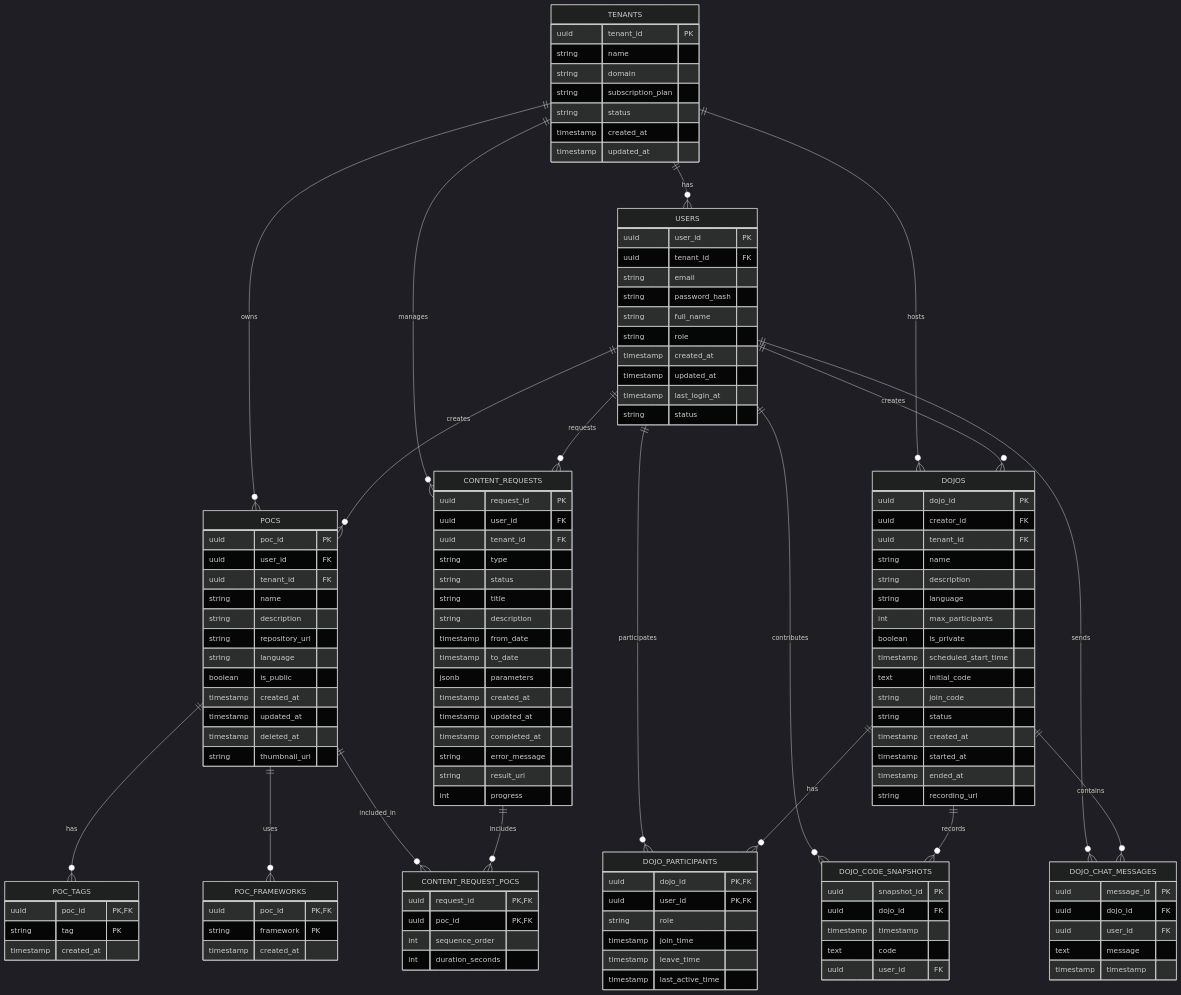
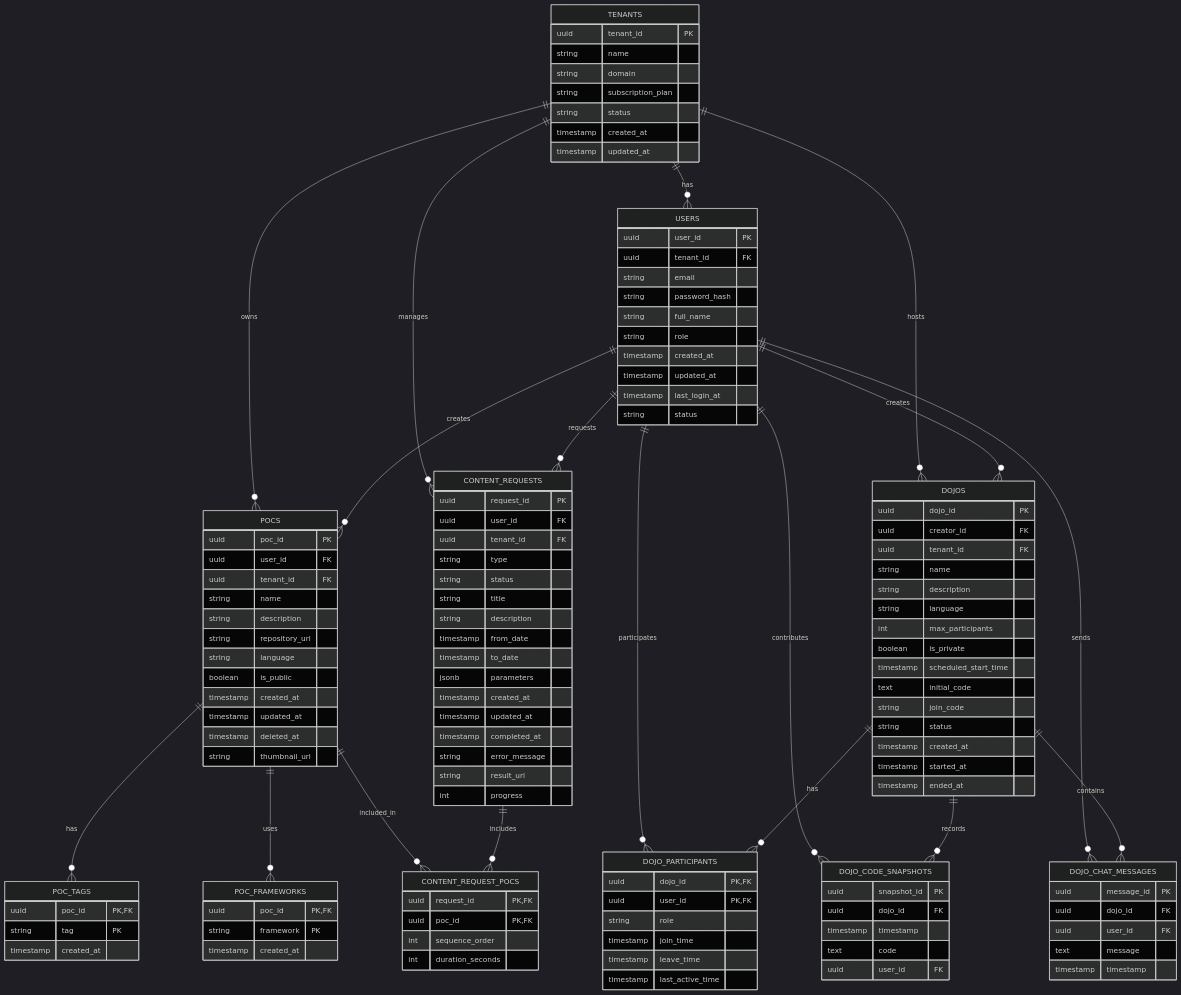
Before and after one commit to LucasKonrath/arch-kata-mr-bill: the sixth of 6 diagrams in arch-doc.md, drawn with Mermaid (dark theme). The commit also changed other lines of this file, not shown here.

Commit message:
Remove recording URL from Dojo and related diagrams, remove lambda from tech stack

```diff
--- a/arch-doc.md
+++ b/arch-doc.md
@@ -1398,7 +1397,6 @@
         timestamp created_at
         timestamp started_at
         timestamp ended_at
-        string recording_url
     }
     
     DOJO_PARTICIPANTS {
```
